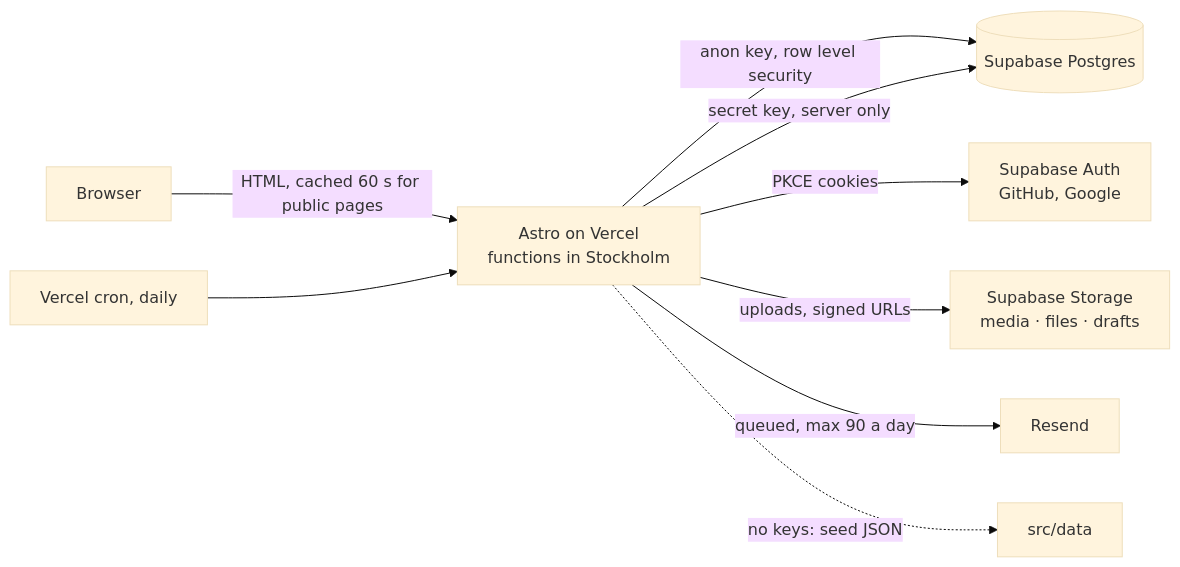
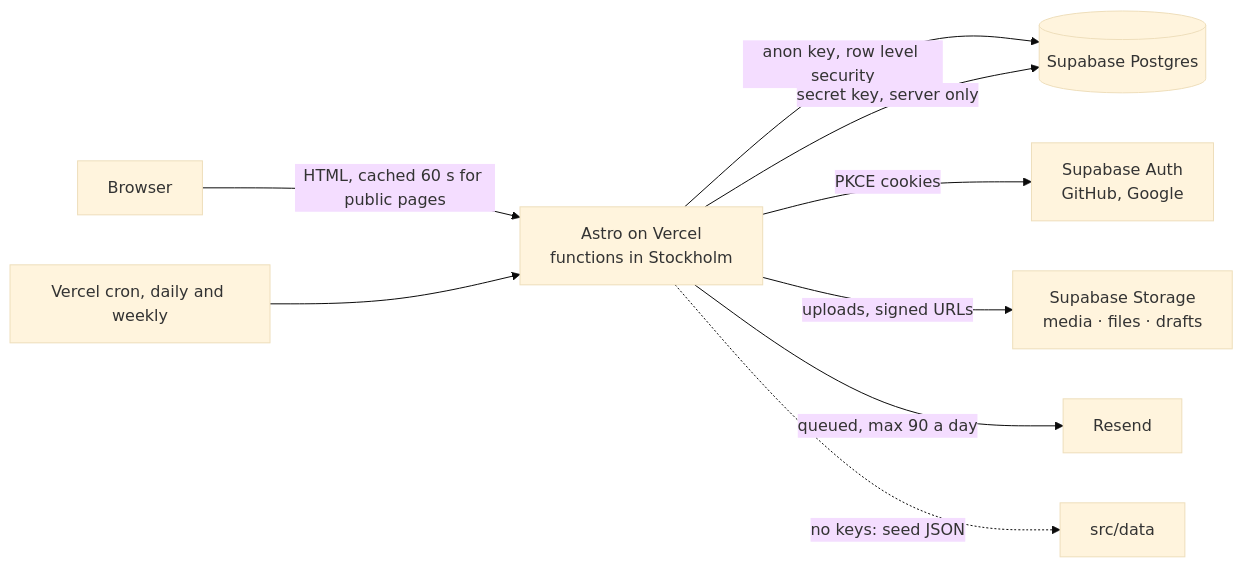
One commit to KFUPM-COMPUTER-CLUB/website changed the diagram in docs/ARCHITECTURE.md. Above: the diagram before and after it, drawn with Mermaid (base theme). The commit also changed other lines of this file and 20 other files, not shown here.

````diff
--- a/docs/ARCHITECTURE.md
+++ b/docs/ARCHITECTURE.md
@@ -5,11 +5,11 @@
 ```mermaid
 flowchart LR
   B[Browser] -->|HTML, cached 60 s for public pages| V[Astro on Vercel<br/>functions in Stockholm]
   V -->|anon key, row level security| DB[(Supabase Postgres)]
   V -->|secret key, server only| DB
   V -->|PKCE cookies| AUTH[Supabase Auth<br/>GitHub, Google]
   V -->|uploads, signed URLs| ST[Supabase Storage<br/>media · files · drafts]
   V -->|queued, max 90 a day| R[Resend]
-  CRON[Vercel cron, daily] --> V
+  CRON[Vercel cron, daily and weekly] --> V
   V -.->|no keys: seed JSON| SEED[src/data]
 ```
````
